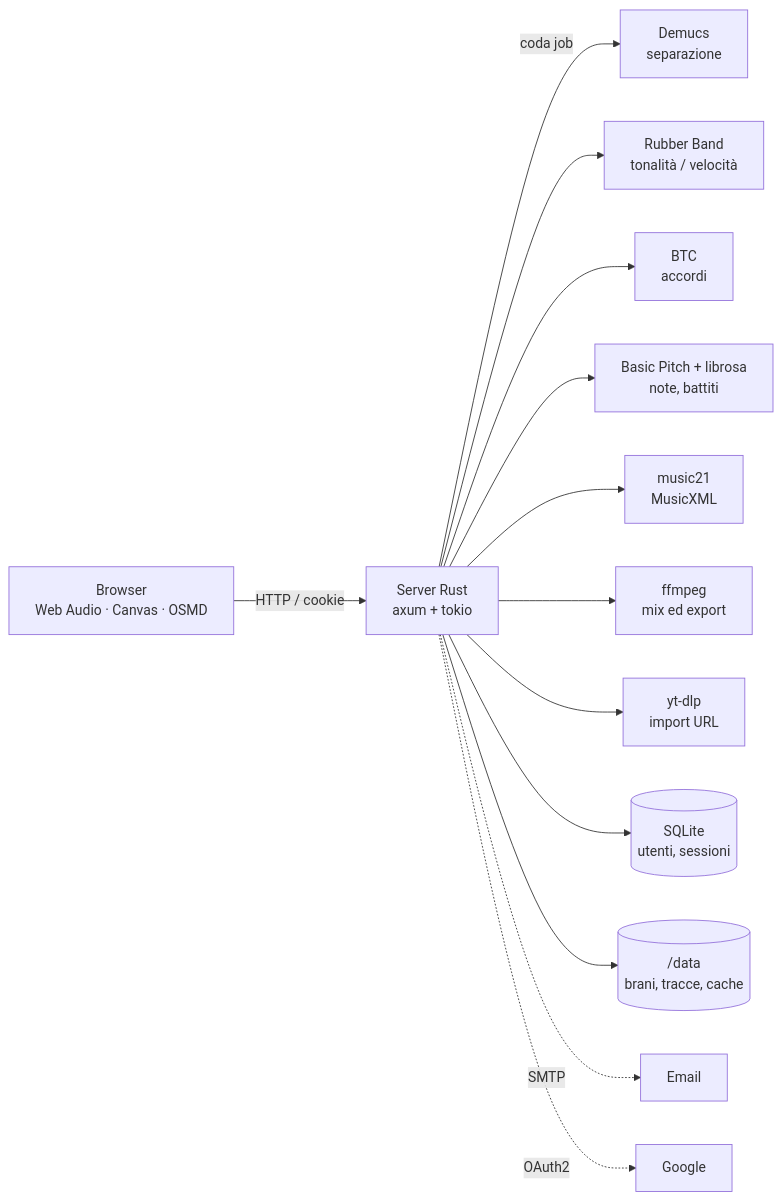
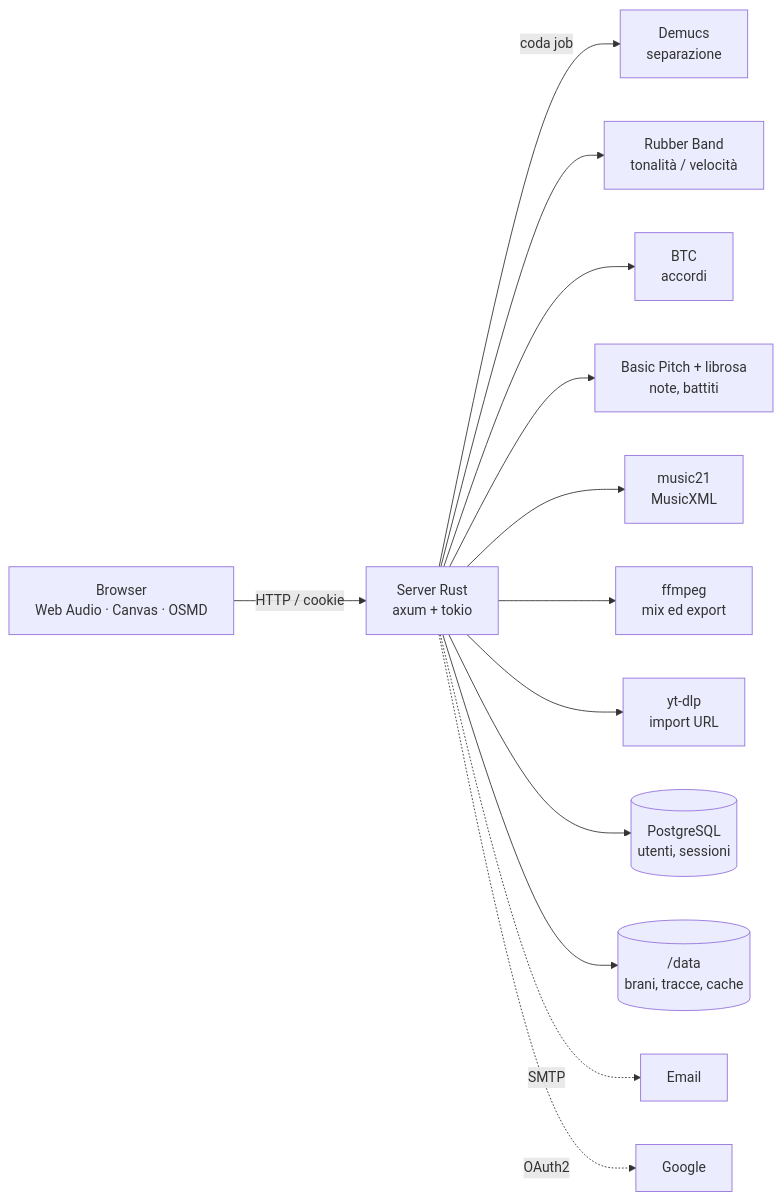
The diagram in README.md (teopost/noises), drawn with Mermaid before and after one commit. The commit also changed other lines of this file and 9 other files, not shown here.

First line of the commit message:
Database: da SQLite a PostgreSQL

````diff
--- a/README.md
+++ b/README.md
@@ -257,15 +257,15 @@
 ```mermaid
 flowchart LR
   B[Browser<br/>Web Audio · Canvas · OSMD] -- HTTP / cookie --> S[Server Rust<br/>axum + tokio]
   S -- coda job --> D[Demucs<br/>separazione]
   S --> R[Rubber Band<br/>tonalità / velocità]
   S --> C[BTC<br/>accordi]
   S --> T[Basic Pitch + librosa<br/>note, battiti]
   S --> M[music21<br/>MusicXML]
   S --> F[ffmpeg<br/>mix ed export]
   S --> Y[yt-dlp<br/>import URL]
-  S --> DB[(SQLite<br/>utenti, sessioni)]
+  S --> DB[(PostgreSQL<br/>utenti, sessioni)]
   S --> FS[(/data<br/>brani, tracce, cache)]
   S -. SMTP .-> E[Email]
   S -. OAuth2 .-> G[Google]
 ```
````
